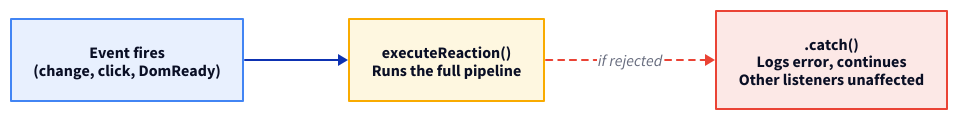
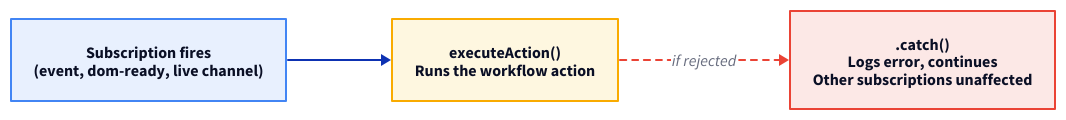
Before and after one commit to marafiq/alis-reactive: the diagram in docs-site/src/content/docs/architecture/error-behavior.mdx, drawn with D2. The commit also changed other lines of this file and 1014 other files, not shown here.

````diff
--- a/docs-site/src/content/docs/architecture/error-behavior.mdx
+++ b/docs-site/src/content/docs/architecture/error-behavior.mdx
@@ -14,28 +14,28 @@
 ```d2
 direction: right
 
-listener: "Event fires\n(change, click, DomReady)" {
+listener: "Subscription fires\n(event, dom-ready, live channel)" {
   shape: rectangle
   style.fill: "#e8f0fe"
   style.stroke: "#4285f4"
   style.font-size: 16
 }
-execute: "executeReaction()\nRuns the full pipeline" {
+execute: "executeAction()\nRuns the workflow action" {
   shape: rectangle
   style.fill: "#fef7e0"
   style.stroke: "#f9ab00"
   style.font-size: 16
 }
-catch: ".catch()\nLogs error, continues\nOther listeners unaffected" {
+catch: ".catch()\nLogs error, continues\nOther subscriptions unaffected" {
   shape: rectangle
   style.fill: "#fce8e6"
   style.stroke: "#ea4335"
   style.font-size: 16
 }
 
 listener -> execute
 execute -> catch: if rejected {
   style.stroke: "#ea4335"
   style.stroke-dash: 3
 }
 ```
````
